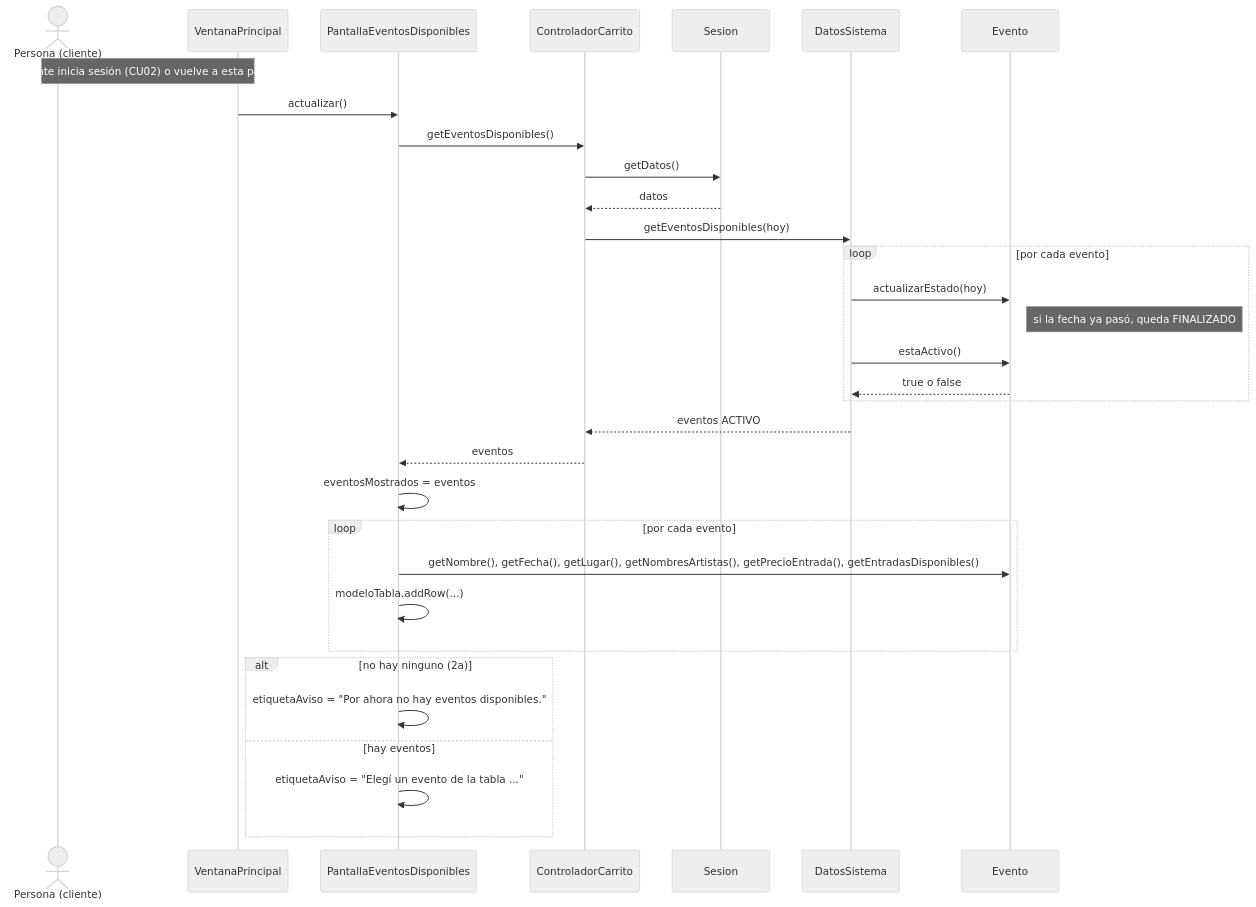
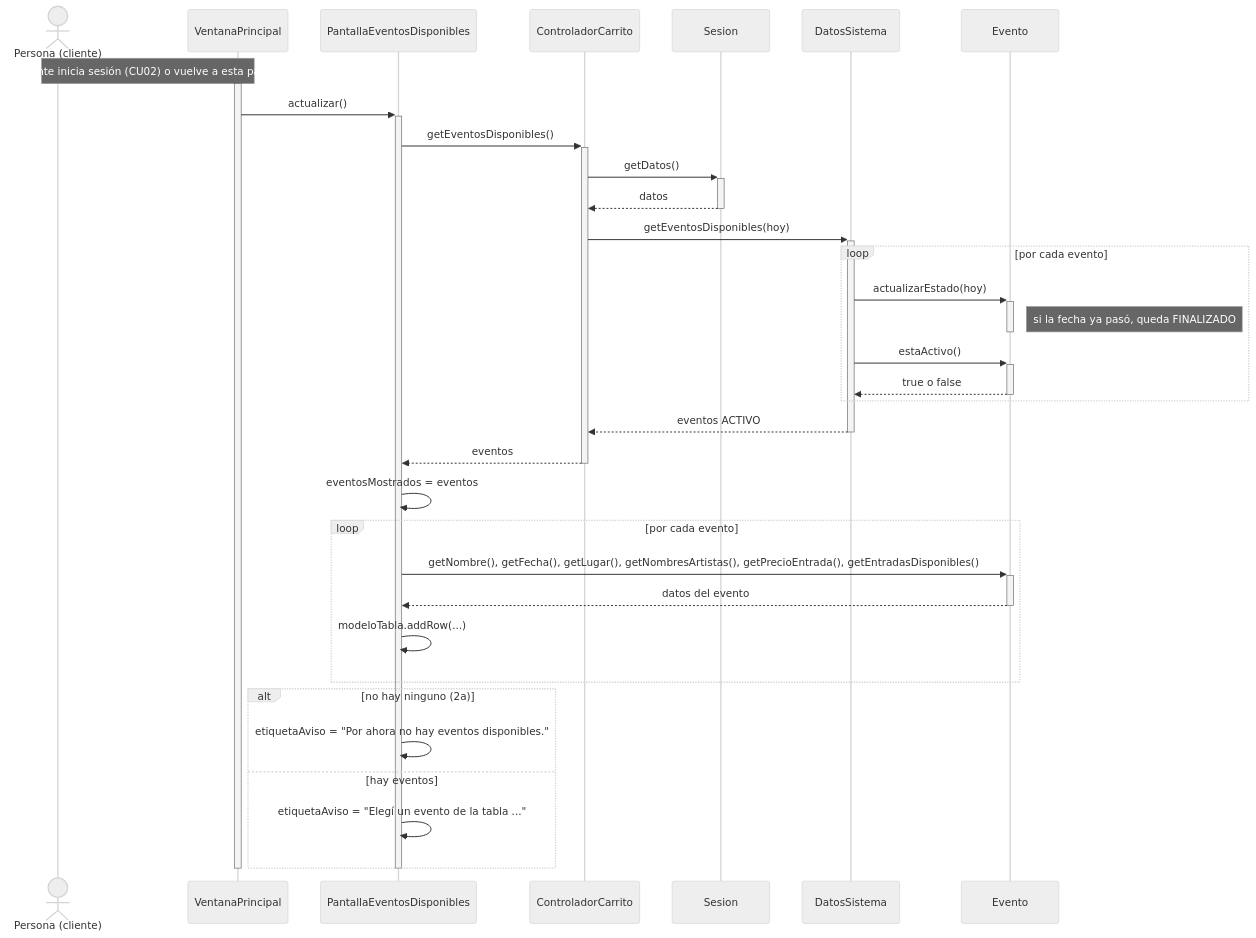
The diagram in docs/diseno/secuencias/CU07-consultar-eventos-disponibles.md (AgustinSimonenco/gestion-eventos-musicales), drawn with Mermaid (neutral theme) before and after one commit. The commit also changed 12 other files, not shown here.

First line of the commit message:
Agregar barras de activación a todos los diagramas de secuencia

````diff
--- a/docs/diseno/secuencias/CU07-consultar-eventos-disponibles.md
+++ b/docs/diseno/secuencias/CU07-consultar-eventos-disponibles.md
@@ -9,35 +9,40 @@
 ```mermaid
 sequenceDiagram
     actor U as Persona (cliente)
     participant V as VentanaPrincipal
     participant P as PantallaEventosDisponibles
     participant C as ControladorCarrito
     participant S as Sesion
     participant D as DatosSistema
     participant E as Evento
 
     Note over U,V: el cliente inicia sesión (CU02) o vuelve a esta pantalla
-    V->>P: actualizar()
-    P->>C: getEventosDisponibles()
-    C->>S: getDatos()
-    S-->>C: datos
-    C->>D: getEventosDisponibles(hoy)
+    activate V
+    V->>+P: actualizar()
+    P->>+C: getEventosDisponibles()
+    C->>+S: getDatos()
+    S-->>-C: datos
+    C->>+D: getEventosDisponibles(hoy)
     loop por cada evento
-        D->>E: actualizarEstado(hoy)
+        D->>+E: actualizarEstado(hoy)
         Note right of E: si la fecha ya pasó, queda FINALIZADO
-        D->>E: estaActivo()
-        E-->>D: true o false
+        deactivate E
+        D->>+E: estaActivo()
+        E-->>-D: true o false
     end
-    D-->>C: eventos ACTIVO
-    C-->>P: eventos
+    D-->>-C: eventos ACTIVO
+    C-->>-P: eventos
     P->>P: eventosMostrados = eventos
     loop por cada evento
-        P->>E: getNombre(), getFecha(), getLugar(), getNombresArtistas(), getPrecioEntrada(), getEntradasDisponibles()
+        P->>+E: getNombre(), getFecha(), getLugar(), getNombresArtistas(), getPrecioEntrada(), getEntradasDisponibles()
+        E-->>-P: datos del evento
         P->>P: modeloTabla.addRow(...)
     end
     alt no hay ninguno (2a)
         P->>P: etiquetaAviso = "Por ahora no hay eventos disponibles."
     else hay eventos
         P->>P: etiquetaAviso = "Elegí un evento de la tabla ..."
     end
+    deactivate P
+    deactivate V
 ```
````
